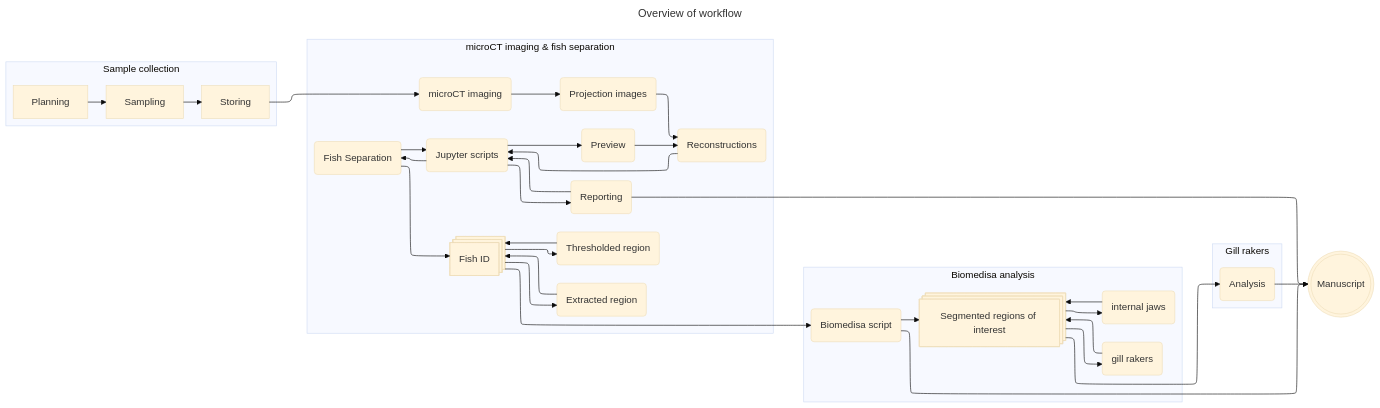
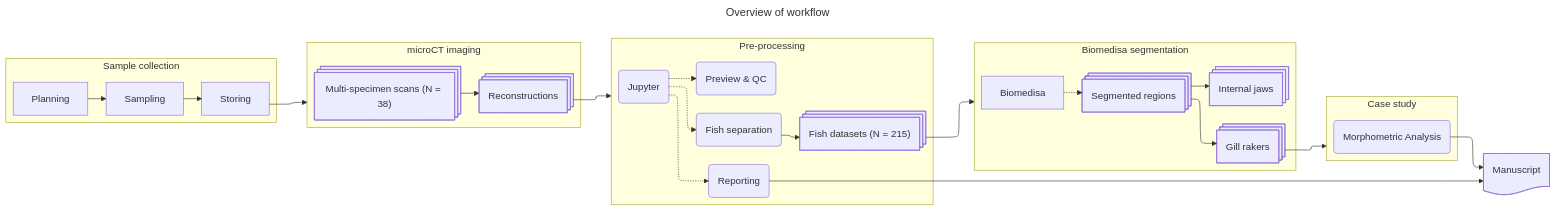
One commit to habi/sticklebacks-manuscript changed the diagram in content/images/workflow.mmd. Above: the diagram before and after it, drawn with Mermaid. The commit also changed 1 other file, not shown here.

```diff
--- a/content/images/workflow.mmd
+++ b/content/images/workflow.mmd
@@ -1,39 +1,69 @@
 ---
 title: Overview of workflow
 config:
-  theme: base
   layout: elk
-  elk:
-    mergeEdges: true
-    nodePlacementStrategy: LINEAR_SEGMENTS
 ---
 flowchart LR
-    subgraph Katie ["Sample collection"]
-       Planning --> Sampling
-       Sampling --> Storing
-    end
-    Storing --> uct
-    subgraph David ["microCT imaging & fish separation"]
-        uct(microCT imaging) --> proj(Projection images)
-        proj --> rec(Reconstructions)
-        rec --> jupyter(Jupyter scripts)
-        jupyter --> preview(Preview) --> rec
-        jupyter --> separation(Fish Separation) --> jupyter
-        jupyter --> reporting(Reporting) --> jupyter
-        separation --> fishid(Fish ID) --> region(Extracted region) --> fishid(Fish ID)
-        fishid --> region_thresholded(Thresholded region) --> fishid
-        fishid@{ shape: procs }
-    end
-    subgraph Ben ["Biomedisa analysis"]
-        fishid --> biomedisa(Biomedisa script)
-        biomedisa --> regions(Segmented regions of interest)
-        regions@{ shape: procs }
-        regions --> rakers(gill rakers) --> regions
-        regions --> jaws(internal jaws) --> regions
-    end
-    subgraph Sheila ["Gill rakers"]
-        regions -->  analysis(Analysis)
-    end
-        reporting --> manubot(((Manuscript)))
-        biomedisa --> manubot
-        analysis --> manubot
+
+subgraph collection["Sample collection"]
+    Planning --> Sampling --> Storing
+end
+
+Storing --> imaging
+
+subgraph imaging["microCT imaging"]
+    holder@{shape: procs, label: "Multi-specimen scans (N = 38)"}
+    rec@{shape: procs, label: "Reconstructions"}
+
+    holder --> rec
+end
+
+rec --> preprocessing
+
+subgraph preprocessing["Pre-processing"]
+    jupyter("Jupyter")
+
+    preview("Preview & QC")
+    separation("Fish separation")
+    fishid@{shape: procs, label: "Fish datasets (N = 215)"}
+    reporting("Reporting")
+
+    separation -----> fishid
+
+    jupyter -....-> preview
+    jupyter -.-> separation
+    jupyter -.-> reporting
+end
+
+fishid --> segmentation
+
+subgraph segmentation["Biomedisa segmentation"]
+    Biomedisa
+
+    regions@{shape: procs, label: "Segmented regions"}
+    rakers@{shape: procs, label: "Gill rakers"}
+    jaws@{shape: procs, label: "Internal jaws"}
+
+    Biomedisa -.-> regions
+    regions --> rakers
+    regions --> jaws
+end
+
+rakers --> analysis
+
+subgraph analysis["Case study"]
+    morph("Morphometric Analysis")
+end
+
+manubot@{shape: doc, label: "Manuscript"}
+
+reporting ---------> manubot
+morph --> manubot
+
+Storing ~~~ holder
+rec ~~~ jupyter
+
+separation ~~~ fishid
+fishid ~~~ Biomedisa
+
+rakers ~~~ morph
```
